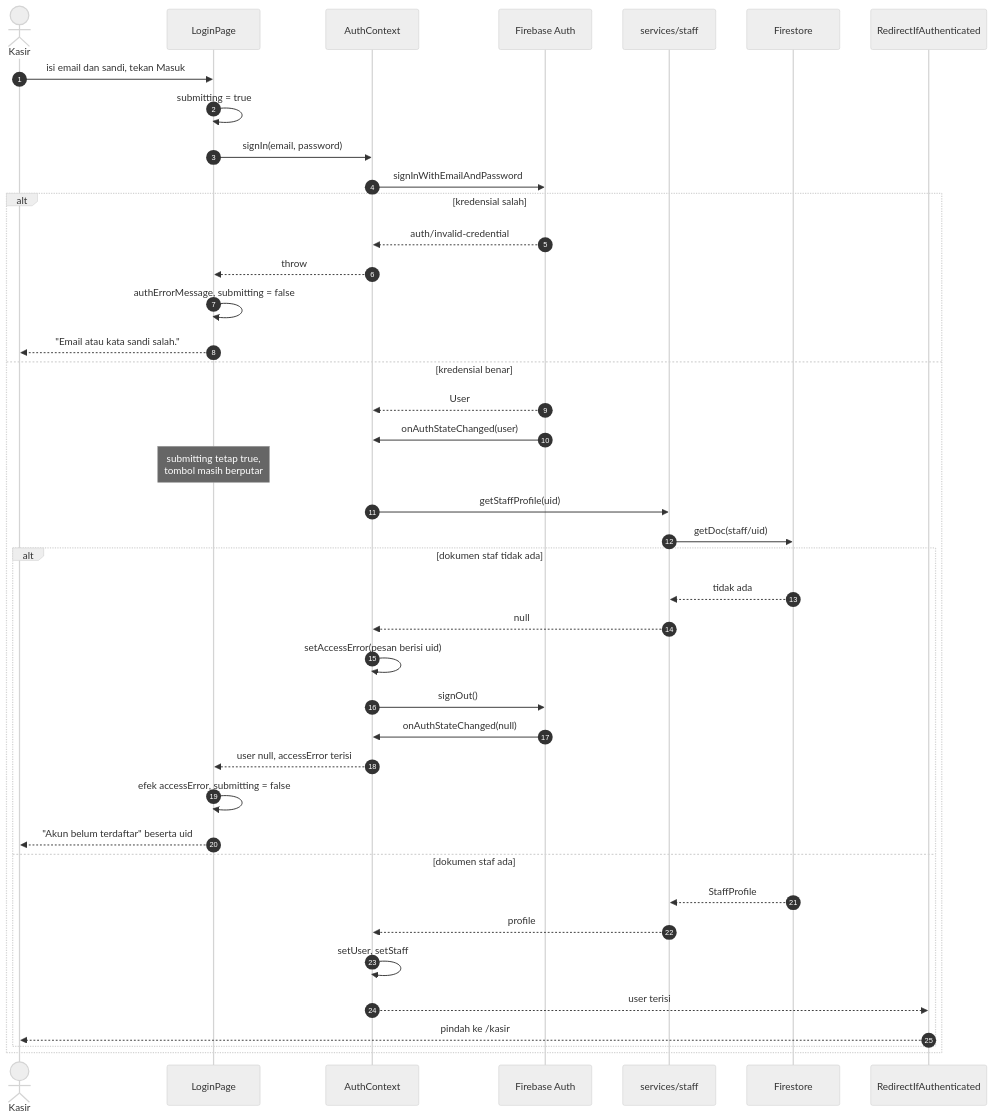
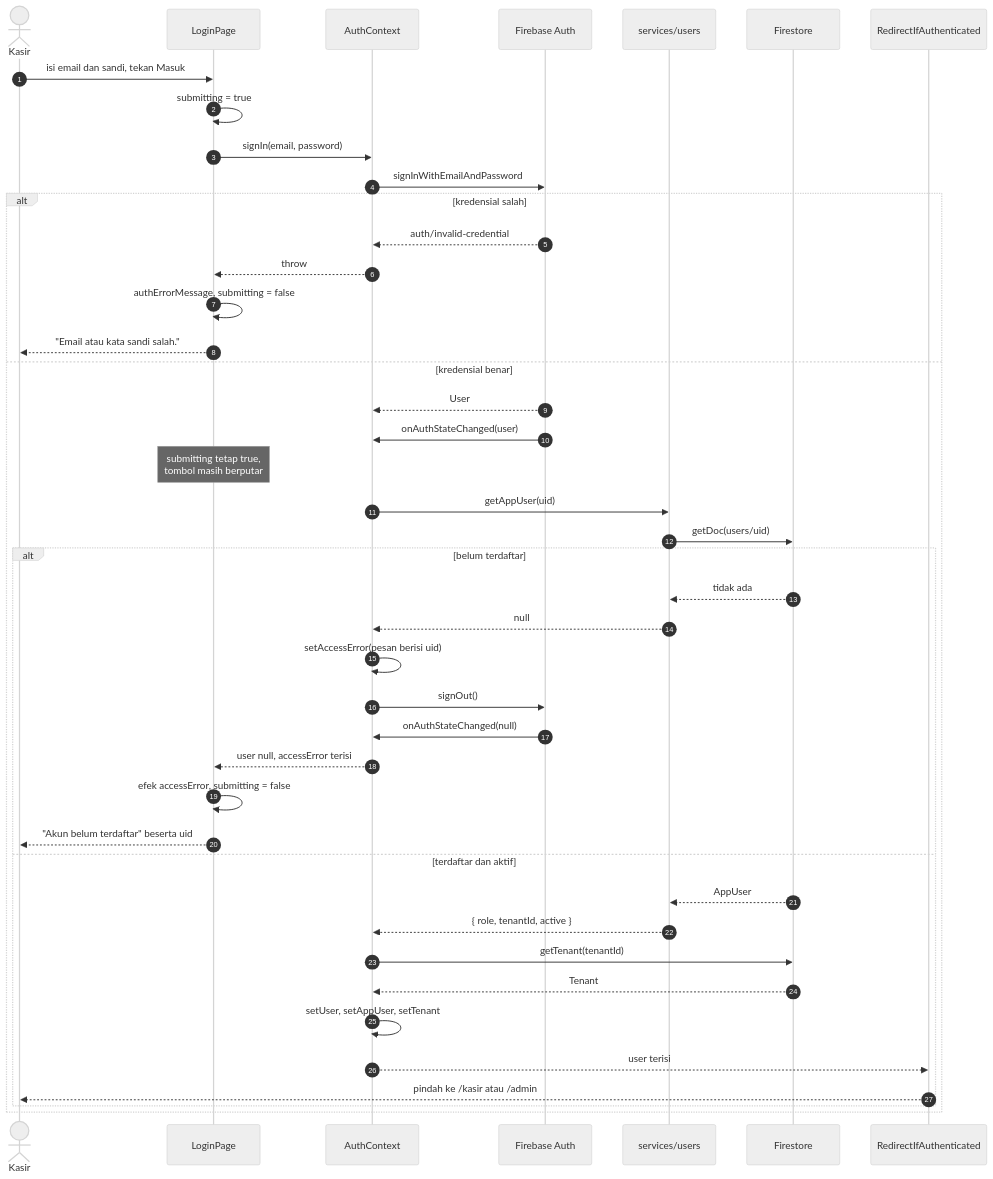
The second of 8 diagrams in docs/autentikasi.md (nadhimc/simple-pos-kkn-agung), drawn with Mermaid (neutral theme) before and after one commit. The commit also changed other lines of this file and 10 other files, not shown here.

````diff
--- a/docs/autentikasi.md
+++ b/docs/autentikasi.md
@@ -18,46 +78,48 @@
 ```mermaid
 sequenceDiagram
   autonumber
   actor U as Kasir
   participant LP as LoginPage
   participant AC as AuthContext
   participant FA as Firebase Auth
-  participant SS as services/staff
+  participant SU as services/users
   participant FS as Firestore
   participant RG as RedirectIfAuthenticated
 
   U->>LP: isi email dan sandi, tekan Masuk
   LP->>LP: submitting = true
   LP->>AC: signIn(email, password)
   AC->>FA: signInWithEmailAndPassword
 
   alt kredensial salah
     FA-->>AC: auth/invalid-credential
     AC-->>LP: throw
     LP->>LP: authErrorMessage, submitting = false
     LP-->>U: "Email atau kata sandi salah."
   else kredensial benar
     FA-->>AC: User
     FA->>AC: onAuthStateChanged(user)
     Note over LP: submitting tetap true,<br/>tombol masih berputar
-    AC->>SS: getStaffProfile(uid)
-    SS->>FS: getDoc(staff/uid)
+    AC->>SU: getAppUser(uid)
+    SU->>FS: getDoc(users/uid)
 
-    alt dokumen staf tidak ada
-      FS-->>SS: tidak ada
-      SS-->>AC: null
+    alt belum terdaftar
+      FS-->>SU: tidak ada
+      SU-->>AC: null
       AC->>AC: setAccessError(pesan berisi uid)
       AC->>FA: signOut()
       FA->>AC: onAuthStateChanged(null)
       AC-->>LP: user null, accessError terisi
       LP->>LP: efek accessError, submitting = false
       LP-->>U: "Akun belum terdaftar" beserta uid
-    else dokumen staf ada
-      FS-->>SS: StaffProfile
-      SS-->>AC: profile
-      AC->>AC: setUser, setStaff
+    else terdaftar dan aktif
+      FS-->>SU: AppUser
+      SU-->>AC: { role, tenantId, active }
+      AC->>FS: getTenant(tenantId)
+      FS-->>AC: Tenant
+      AC->>AC: setUser, setAppUser, setTenant
       AC-->>RG: user terisi
-      RG-->>U: pindah ke /kasir
+      RG-->>U: pindah ke /kasir atau /admin
     end
   end
 ```
````
